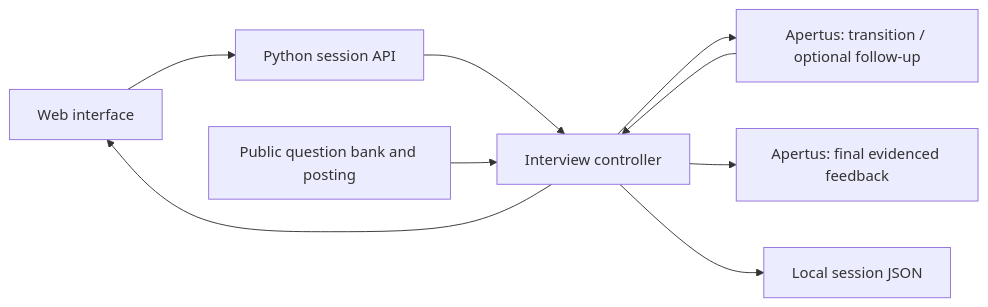
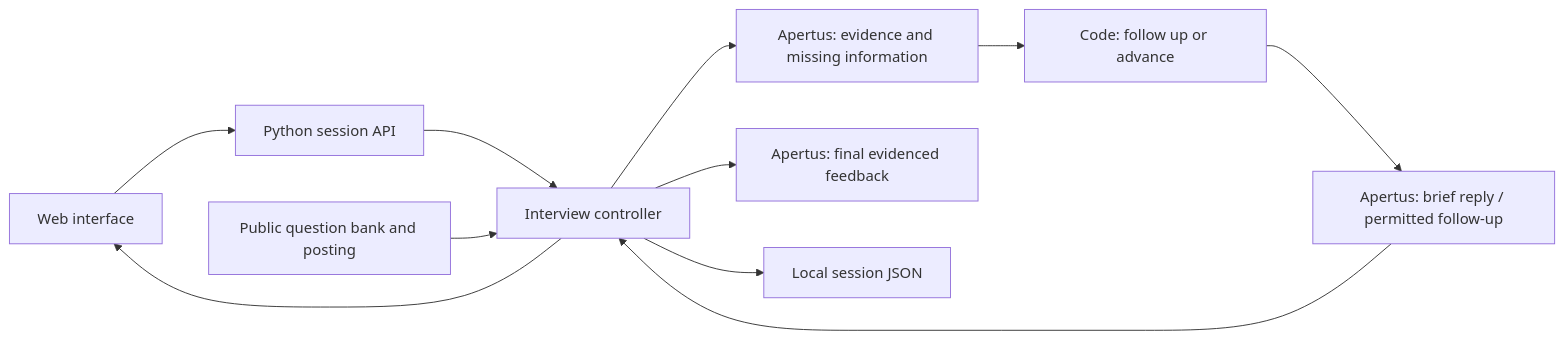
Before and after one commit to aliskin/apertus-interview-coach: the diagram in track_2a/README.md, drawn with Mermaid. The commit also changed other lines of this file and 3 other files, not shown here.

Commit message:
Document hybrid architecture and German replay findings

````diff
--- a/track_2a/README.md
+++ b/track_2a/README.md
@@ -67,11 +67,13 @@
 ```mermaid
 flowchart LR
     UI[Web interface] --> API[Python session API]
     API --> Controller[Interview controller]
     Bank[Public question bank and posting] --> Controller
-    Controller --> Model[Apertus: transition / optional follow-up]
-    Model --> Controller
+    Controller --> Analysis[Apertus: evidence and missing information]
+    Analysis --> Decision[Code: follow up or advance]
+    Decision --> Speaker[Apertus: brief reply / permitted follow-up]
+    Speaker --> Controller
     Controller --> Feedback[Apertus: final evidenced feedback]
     Controller --> Store[Local session JSON]
     Controller --> UI
 ```
````
